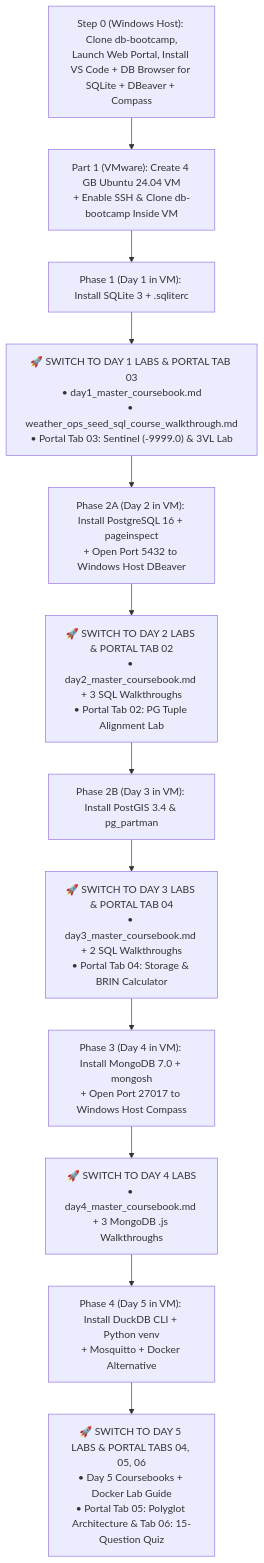
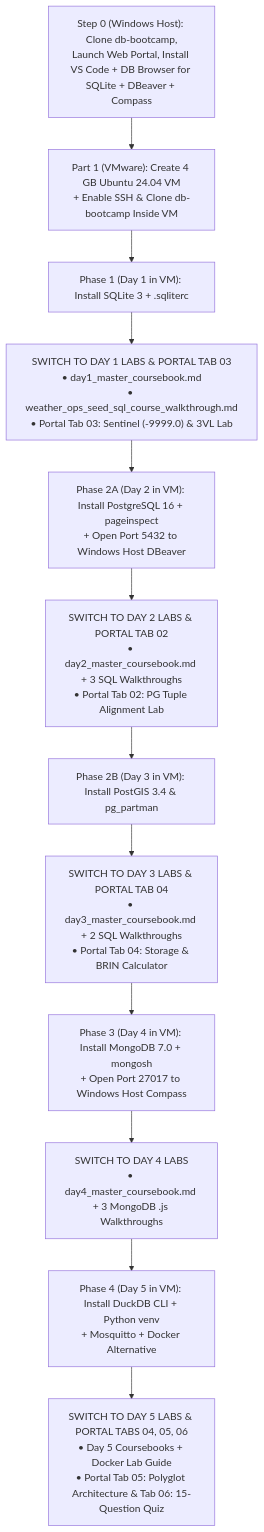
The diagram in VM_BLANK_LAB_FROM_SCRATCH_GUIDE.md (abdelouahabb/db-bootcamp), drawn with Mermaid before and after one commit. The commit also changed other lines of this file and 44 other files, not shown here.

````diff
--- a/VM_BLANK_LAB_FROM_SCRATCH_GUIDE.md
+++ b/VM_BLANK_LAB_FROM_SCRATCH_GUIDE.md
@@ -25,14 +25,14 @@
 ```mermaid
 flowchart TD
     H0["Step 0 (Windows Host): Clone db-bootcamp,\nLaunch Web Portal, Install VS Code + DB Browser for SQLite + DBeaver + Compass"] --> VM["Part 1 (VMware): Create 4 GB Ubuntu 24.04 VM\n+ Enable SSH & Clone db-bootcamp Inside VM"]
     VM --> P1["Phase 1 (Day 1 in VM): Install SQLite 3 + .sqliterc"]
-    P1 --> L1["🚀 SWITCH TO DAY 1 LABS & PORTAL TAB 03\n• day1_master_coursebook.md\n• weather_ops_seed_sql_course_walkthrough.md\n• Portal Tab 03: Sentinel (-9999.0) & 3VL Lab"]
+    P1 --> L1["SWITCH TO DAY 1 LABS & PORTAL TAB 03\n• day1_master_coursebook.md\n• weather_ops_seed_sql_course_walkthrough.md\n• Portal Tab 03: Sentinel (-9999.0) & 3VL Lab"]
     L1 --> P2A["Phase 2A (Day 2 in VM): Install PostgreSQL 16 + pageinspect\n+ Open Port 5432 to Windows Host DBeaver"]
-    P2A --> L2["🚀 SWITCH TO DAY 2 LABS & PORTAL TAB 02\n• day2_master_coursebook.md + 3 SQL Walkthroughs\n• Portal Tab 02: PG Tuple Alignment Lab"]
+    P2A --> L2["SWITCH TO DAY 2 LABS & PORTAL TAB 02\n• day2_master_coursebook.md + 3 SQL Walkthroughs\n• Portal Tab 02: PG Tuple Alignment Lab"]
     L2 --> P2B["Phase 2B (Day 3 in VM): Install PostGIS 3.4 & pg_partman"]
-    P2B --> L3["🚀 SWITCH TO DAY 3 LABS & PORTAL TAB 04\n• day3_master_coursebook.md + 2 SQL Walkthroughs\n• Portal Tab 04: Storage & BRIN Calculator"]
+    P2B --> L3["SWITCH TO DAY 3 LABS & PORTAL TAB 04\n• day3_master_coursebook.md + 2 SQL Walkthroughs\n• Portal Tab 04: Storage & BRIN Calculator"]
     L3 --> P3["Phase 3 (Day 4 in VM): Install MongoDB 7.0 + mongosh\n+ Open Port 27017 to Windows Host Compass"]
-    P3 --> L4["🚀 SWITCH TO DAY 4 LABS\n• day4_master_coursebook.md + 3 MongoDB .js Walkthroughs"]
+    P3 --> L4["SWITCH TO DAY 4 LABS\n• day4_master_coursebook.md + 3 MongoDB .js Walkthroughs"]
     L4 --> P4["Phase 4 (Day 5 in VM): Install DuckDB CLI + Python venv\n+ Mosquitto + Docker Alternative"]
-    P4 --> L5["🚀 SWITCH TO DAY 5 LABS & PORTAL TABS 04, 05, 06\n• Day 5 Coursebooks + Docker Lab Guide\n• Portal Tab 05: Polyglot Architecture & Tab 06: 15-Question Quiz"]
+    P4 --> L5["SWITCH TO DAY 5 LABS & PORTAL TABS 04, 05, 06\n• Day 5 Coursebooks + Docker Lab Guide\n• Portal Tab 05: Polyglot Architecture & Tab 06: 15-Question Quiz"]
 ```
````
